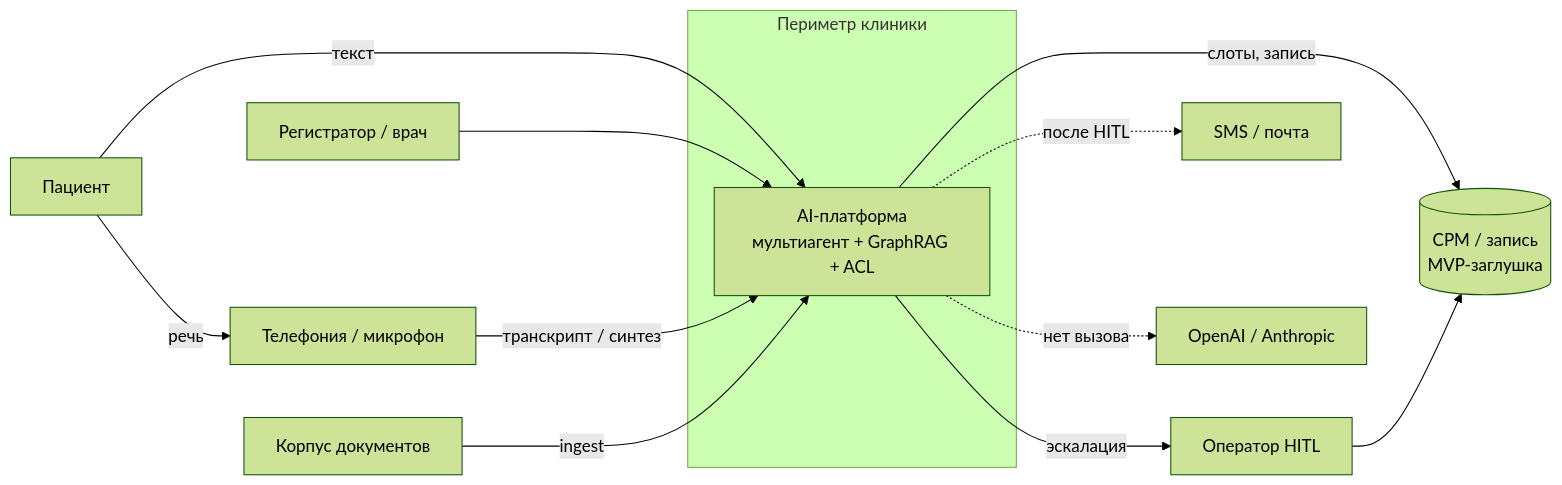
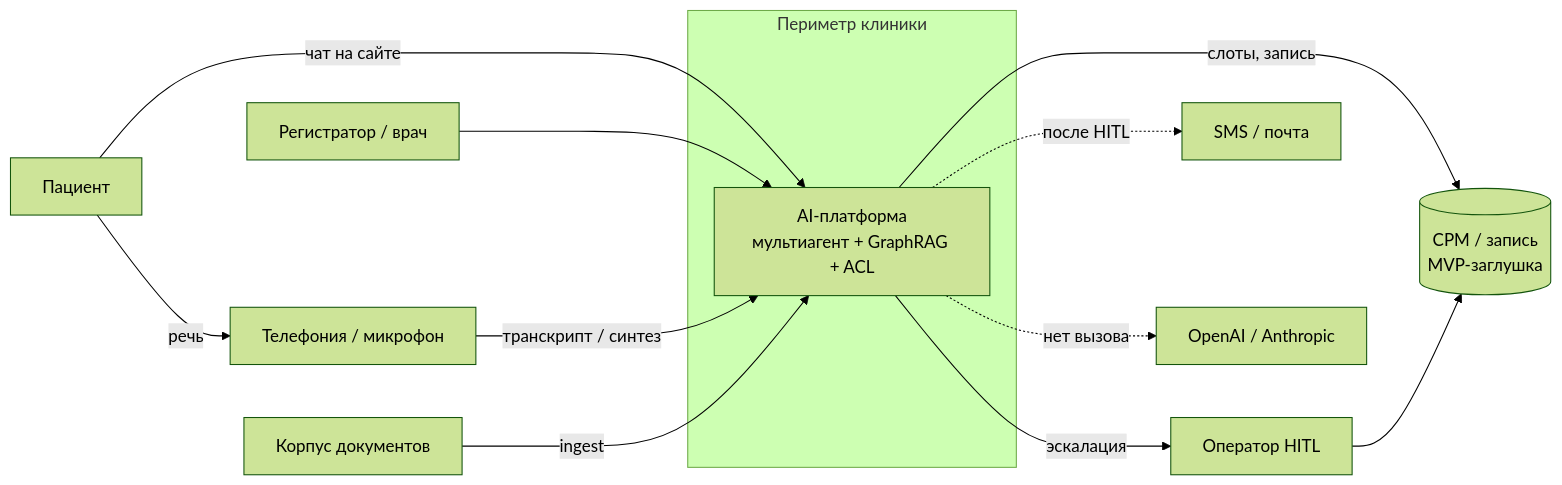
The first of 8 diagrams in final-project/README.md (divisee/otus-ai-architect), drawn with Mermaid (forest theme) before and after one commit. The commit also changed other lines of this file, not shown here.

````diff
--- a/final-project/README.md
+++ b/final-project/README.md
@@ -185,27 +183,27 @@
 ```mermaid
 flowchart LR
     patient[Пациент]
     staff[Регистратор / врач]
     operator[Оператор HITL]
 
     subgraph perimeter["Периметр клиники"]
         ai[AI-платформа<br/>мультиагент + GraphRAG + ACL]
     end
 
     telephony[Телефония / микрофон]
     crm[(СРМ / запись<br/>MVP-заглушка)]
     kb[Корпус документов]
     notify[SMS / почта]
     ext[OpenAI / Anthropic]
 
     patient -->|речь| telephony
-    patient -->|текст| ai
+    patient -->|чат на сайте| ai
     staff --> ai
     telephony -->|транскрипт / синтез| ai
     kb -->|ingest| ai
     ai -->|слоты, запись| crm
     ai -->|эскалация| operator
     operator --> crm
     ai -.->|после HITL| notify
     ai -.->|нет вызова| ext
 ```
````
